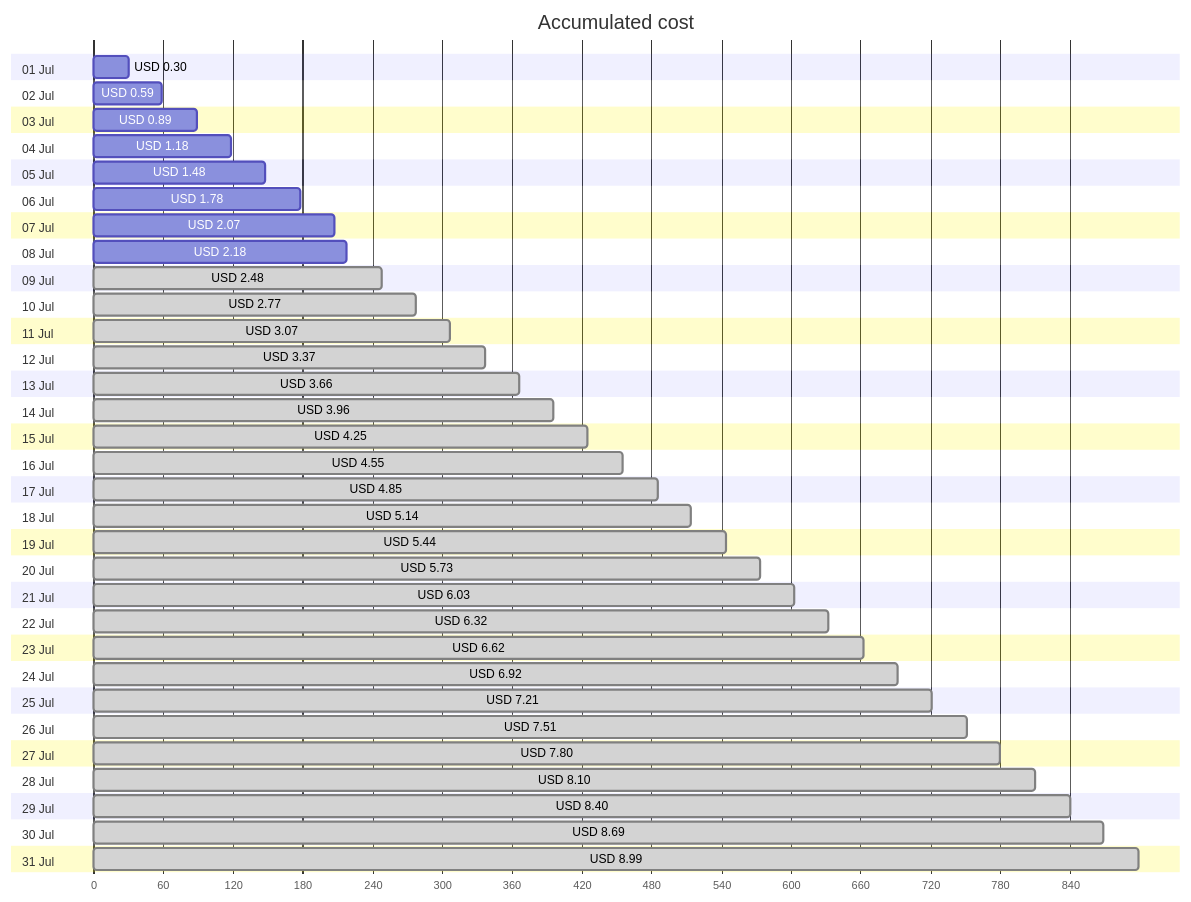
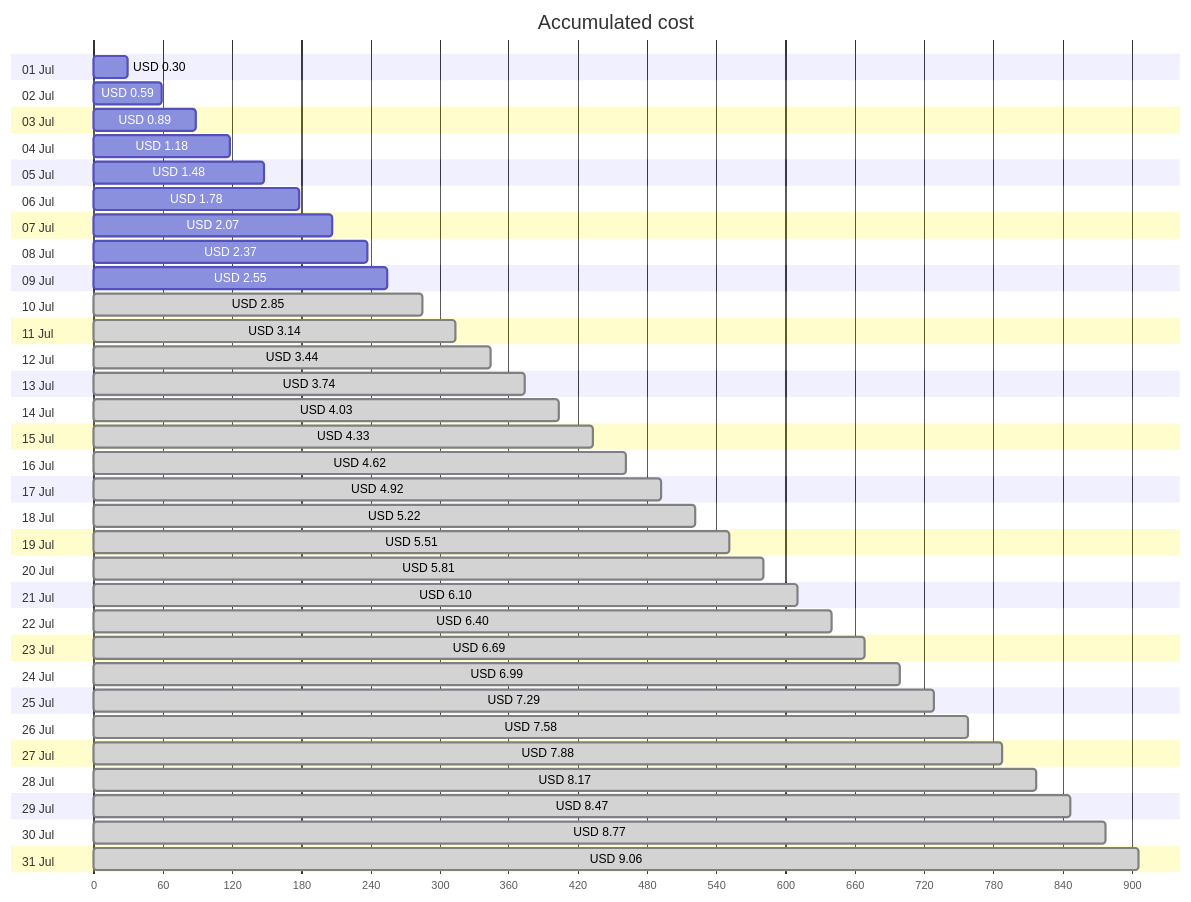
Before and after one commit to jpfulton/azure-personal-reports: the first of 4 diagrams in cost-reports/personal-site/personal-site.md, drawn with Mermaid. The commit also changed other lines of this file and 6 other files, not shown here.

````diff
--- a/cost-reports/personal-site/personal-site.md
+++ b/cost-reports/personal-site/personal-site.md
@@ -20,68 +20,68 @@
 ```mermaid
 gantt
    title Accumulated cost
    dateFormat  X
    axisFormat %s
    section 01 Jul
    USD 0.30 :0, 30
    section 02 Jul
    USD 0.59 :0, 59
    section 03 Jul
    USD 0.89 :0, 89
    section 04 Jul
    USD 1.18 :0, 118
    section 05 Jul
    USD 1.48 :0, 148
    section 06 Jul
    USD 1.78 :0, 178
    section 07 Jul
    USD 2.07 :0, 207
    section 08 Jul
-   USD 2.18 :0, 218
+   USD 2.37 :0, 237
    section 09 Jul
-   USD 2.48 : done, 0, 248
+   USD 2.55 :0, 255
    section 10 Jul
-   USD 2.77 : done, 0, 277
+   USD 2.85 : done, 0, 285
    section 11 Jul
-   USD 3.07 : done, 0, 307
+   USD 3.14 : done, 0, 314
    section 12 Jul
-   USD 3.37 : done, 0, 337
+   USD 3.44 : done, 0, 344
    section 13 Jul
-   USD 3.66 : done, 0, 366
+   USD 3.74 : done, 0, 374
    section 14 Jul
-   USD 3.96 : done, 0, 396
+   USD 4.03 : done, 0, 403
    section 15 Jul
-   USD 4.25 : done, 0, 425
+   USD 4.33 : done, 0, 433
    section 16 Jul
-   USD 4.55 : done, 0, 455
+   USD 4.62 : done, 0, 462
    section 17 Jul
-   USD 4.85 : done, 0, 485
+   USD 4.92 : done, 0, 492
    section 18 Jul
-   USD 5.14 : done, 0, 514
+   USD 5.22 : done, 0, 522
    section 19 Jul
-   USD 5.44 : done, 0, 544
+   USD 5.51 : done, 0, 551
    section 20 Jul
-   USD 5.73 : done, 0, 573
+   USD 5.81 : done, 0, 581
    section 21 Jul
-   USD 6.03 : done, 0, 603
+   USD 6.10 : done, 0, 610
    section 22 Jul
-   USD 6.32 : done, 0, 632
+   USD 6.40 : done, 0, 640
    section 23 Jul
-   USD 6.62 : done, 0, 662
+   USD 6.69 : done, 0, 669
    section 24 Jul
-   USD 6.92 : done, 0, 692
+   USD 6.99 : done, 0, 699
    section 25 Jul
-   USD 7.21 : done, 0, 721
+   USD 7.29 : done, 0, 729
    section 26 Jul
-   USD 7.51 : done, 0, 751
+   USD 7.58 : done, 0, 758
    section 27 Jul
-   USD 7.80 : done, 0, 780
+   USD 7.88 : done, 0, 788
    section 28 Jul
-   USD 8.10 : done, 0, 810
+   USD 8.17 : done, 0, 817
    section 29 Jul
-   USD 8.40 : done, 0, 840
+   USD 8.47 : done, 0, 847
    section 30 Jul
-   USD 8.69 : done, 0, 869
+   USD 8.77 : done, 0, 877
    section 31 Jul
-   USD 8.99 : done, 0, 899
+   USD 9.06 : done, 0, 906
 ```
````
